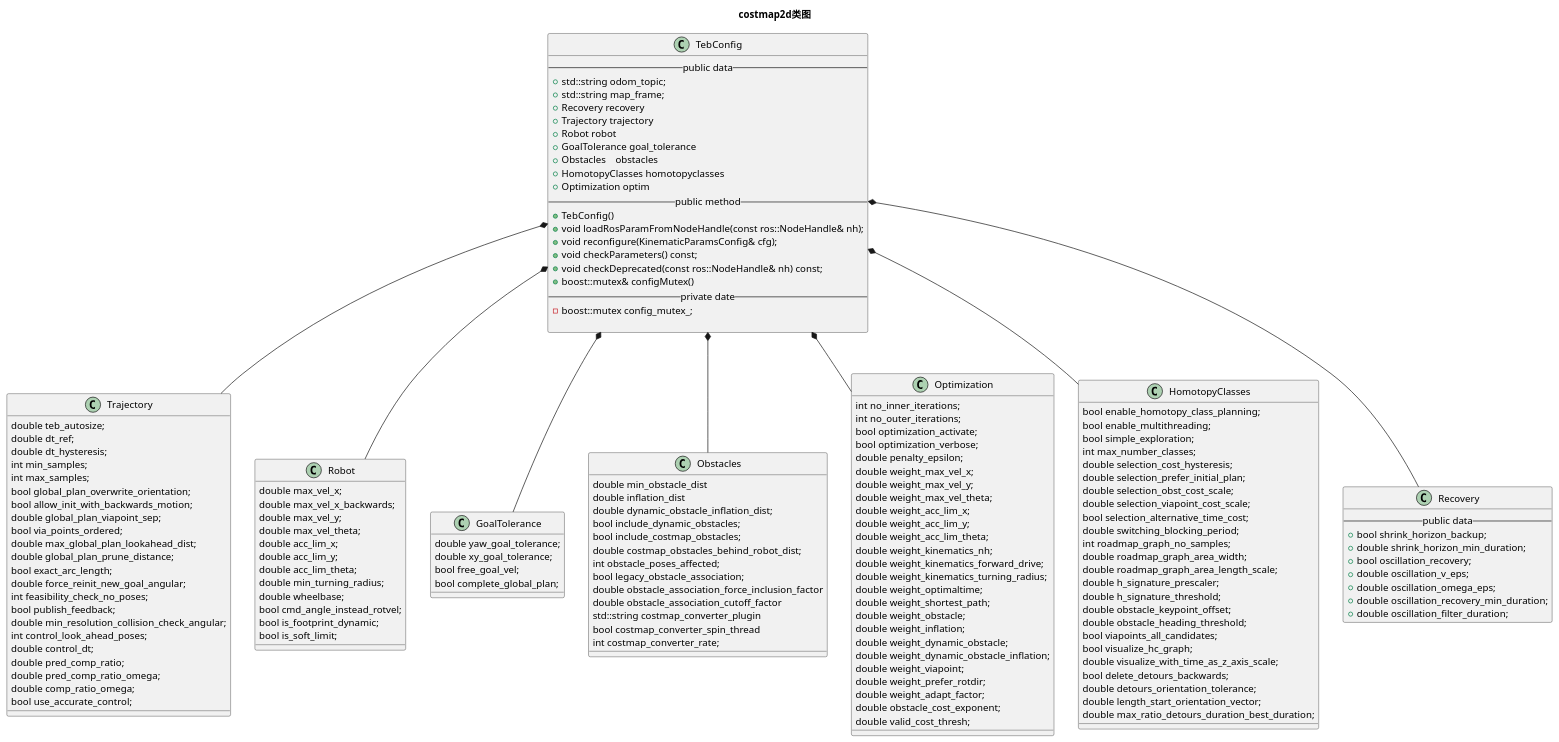
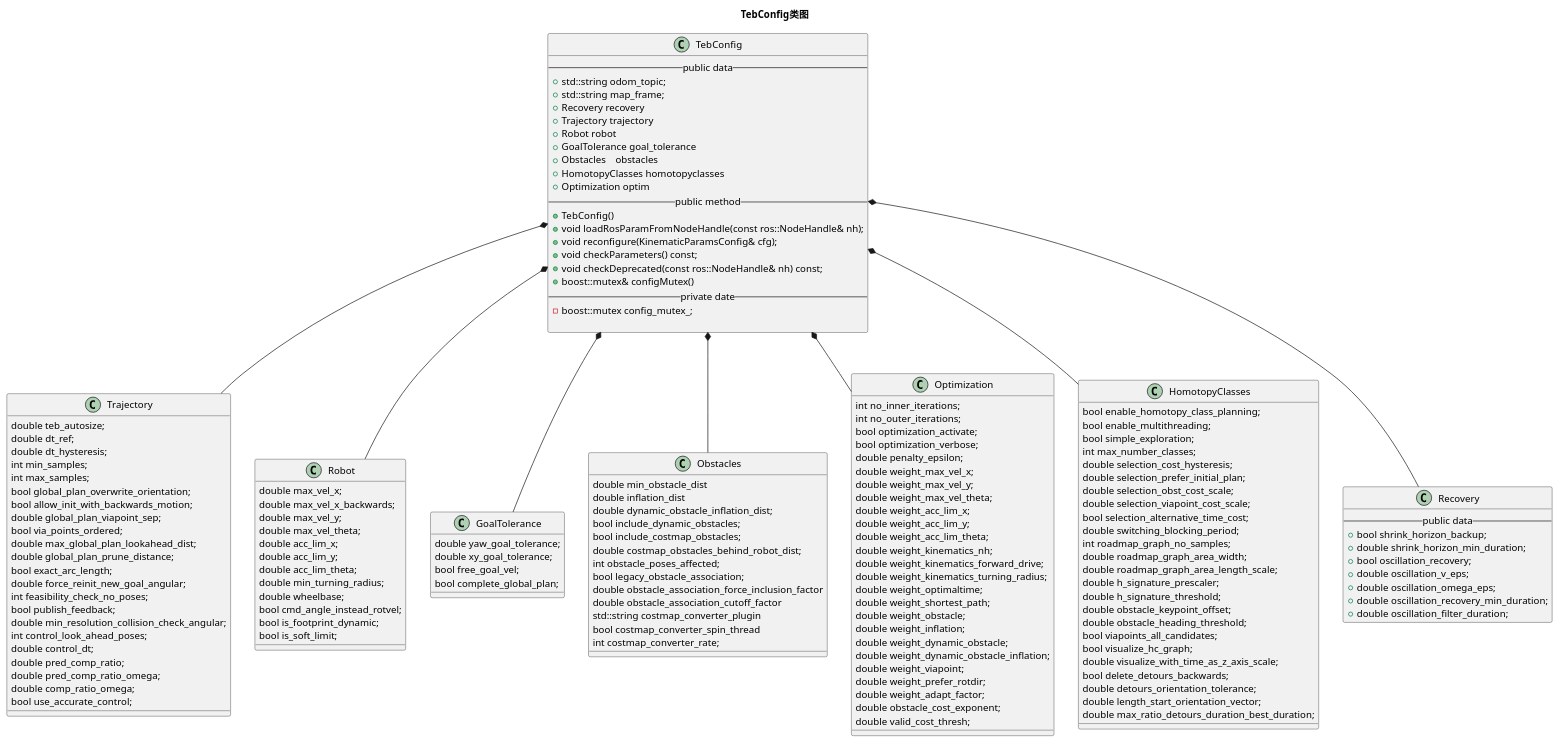
The diagram in ros/umlresource/teb/config.puml (cf-zhang/documents), drawn with PlantUML before and after one commit. The commit also changed 7 other files, not shown here.

Commit message:
update teb class uml

```diff
--- a/ros/umlresource/teb/config.puml
+++ b/ros/umlresource/teb/config.puml
@@ -1,186 +1,186 @@
 @startuml
-Title "costmap2d类图"
+Title "TebConfig类图"
 
 
 class Trajectory
 {
 double teb_autosize;
 double dt_ref;
 double dt_hysteresis;
 int min_samples;
 int max_samples;
 bool global_plan_overwrite_orientation;
 bool allow_init_with_backwards_motion;
 double global_plan_viapoint_sep;
 bool via_points_ordered;
 double max_global_plan_lookahead_dist;
 double global_plan_prune_distance;
 bool exact_arc_length;
 double force_reinit_new_goal_angular;
 int feasibility_check_no_poses;
 bool publish_feedback;
 double min_resolution_collision_check_angular;
 int control_look_ahead_poses;
 double control_dt;
 double pred_comp_ratio;
 double pred_comp_ratio_omega;
 double comp_ratio_omega;
 bool use_accurate_control;
 }
 
 
 class Robot
 {
 double max_vel_x;
 double max_vel_x_backwards;
 double max_vel_y;
 double max_vel_theta;
 double acc_lim_x;
 double acc_lim_y;
 double acc_lim_theta;
 double min_turning_radius;
 double wheelbase;
 bool cmd_angle_instead_rotvel;
 bool is_footprint_dynamic;
 bool is_soft_limit;
 }
 
 
 class GoalTolerance
 {
 double yaw_goal_tolerance;
 double xy_goal_tolerance;
 bool free_goal_vel;
 bool complete_global_plan;
 }
 
 
 class Obstacles
 {
 double min_obstacle_dist
 double inflation_dist
 double dynamic_obstacle_inflation_dist;
 bool include_dynamic_obstacles;
 bool include_costmap_obstacles;
 double costmap_obstacles_behind_robot_dist;
 int obstacle_poses_affected;
 bool legacy_obstacle_association;
 double obstacle_association_force_inclusion_factor
 double obstacle_association_cutoff_factor
 std::string costmap_converter_plugin
 bool costmap_converter_spin_thread
 int costmap_converter_rate;
 }
 
 class Optimization
 {
 int no_inner_iterations;
 int no_outer_iterations;
 bool optimization_activate;
 bool optimization_verbose;
 double penalty_epsilon;
 double weight_max_vel_x;
 double weight_max_vel_y;
 double weight_max_vel_theta;
 double weight_acc_lim_x;
 double weight_acc_lim_y;
 double weight_acc_lim_theta;
 double weight_kinematics_nh;
 double weight_kinematics_forward_drive;
 double weight_kinematics_turning_radius;
 double weight_optimaltime;
 double weight_shortest_path;
 double weight_obstacle;
 double weight_inflation;
 double weight_dynamic_obstacle;
 double weight_dynamic_obstacle_inflation;
 double weight_viapoint;
 double weight_prefer_rotdir;
 double weight_adapt_factor;
 double obstacle_cost_exponent;
 double valid_cost_thresh;
 }
 
 
 class HomotopyClasses
 {
 bool enable_homotopy_class_planning;
 bool enable_multithreading;
 bool simple_exploration;
 int max_number_classes;
 double selection_cost_hysteresis;
 double selection_prefer_initial_plan;
 double selection_obst_cost_scale;
 double selection_viapoint_cost_scale;
 bool selection_alternative_time_cost;
 double switching_blocking_period;
 int roadmap_graph_no_samples;
 double roadmap_graph_area_width;
 double roadmap_graph_area_length_scale;
 double h_signature_prescaler;
 double h_signature_threshold;
 double obstacle_keypoint_offset;
 double obstacle_heading_threshold;
 bool viapoints_all_candidates;
 bool visualize_hc_graph;
 double visualize_with_time_as_z_axis_scale;
 bool delete_detours_backwards;
 double detours_orientation_tolerance;
 double length_start_orientation_vector;
 double max_ratio_detours_duration_best_duration;
 }
 
 class Recovery
 {
 --public data --
 +bool shrink_horizon_backup;
 +double shrink_horizon_min_duration;
 +bool oscillation_recovery;
 +double oscillation_v_eps;
 +double oscillation_omega_eps;
 +double oscillation_recovery_min_duration;
 +double oscillation_filter_duration;
 }
 
 
 
 class TebConfig
 {
 --public data --
   +std::string odom_topic;
   +std::string map_frame;
   +Recovery recovery
   +Trajectory trajectory
   +Robot robot
   +GoalTolerance goal_tolerance
   +Obstacles　obstacles
   +HomotopyClasses homotopyclasses
   +Optimization optim
 -- public method --
   +TebConfig()
   +void loadRosParamFromNodeHandle(const ros::NodeHandle& nh);
   +void reconfigure(KinematicParamsConfig& cfg);
   +void checkParameters() const;
   +void checkDeprecated(const ros::NodeHandle& nh) const;
   +boost::mutex& configMutex()
 -- private date --
   -boost::mutex config_mutex_;
 
 }
 
 
 
 
 
 TebConfig *-- Recovery
 TebConfig *-- Trajectory
 TebConfig *-- Robot
 TebConfig *-- GoalTolerance
 TebConfig *-- Obstacles
 TebConfig *-- HomotopyClasses
 TebConfig *-- Optimization
 
 
 
 
 @enduml
```
